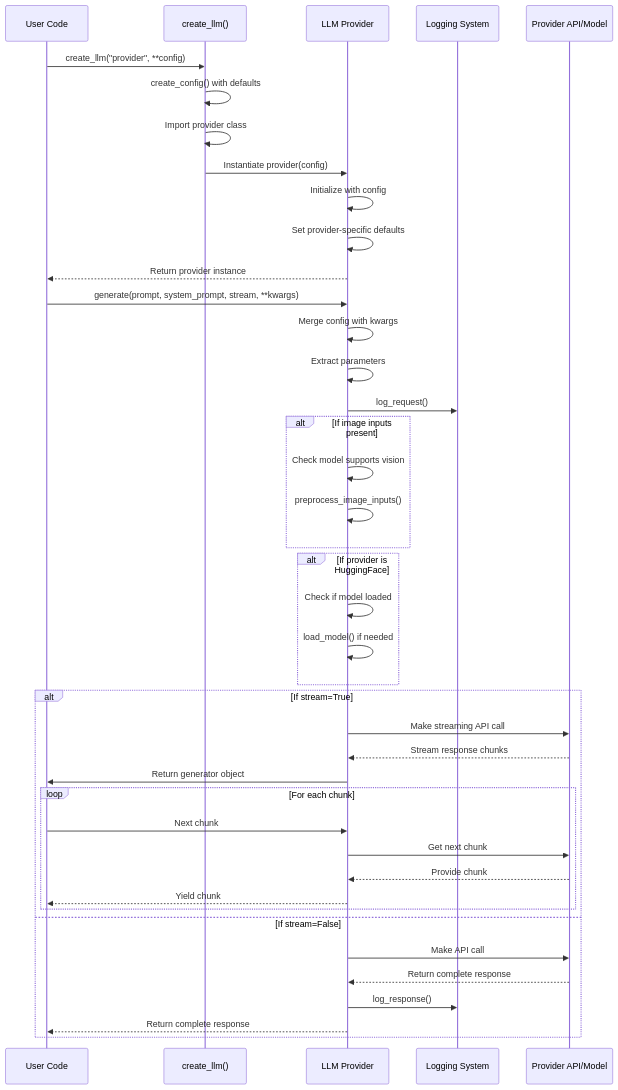
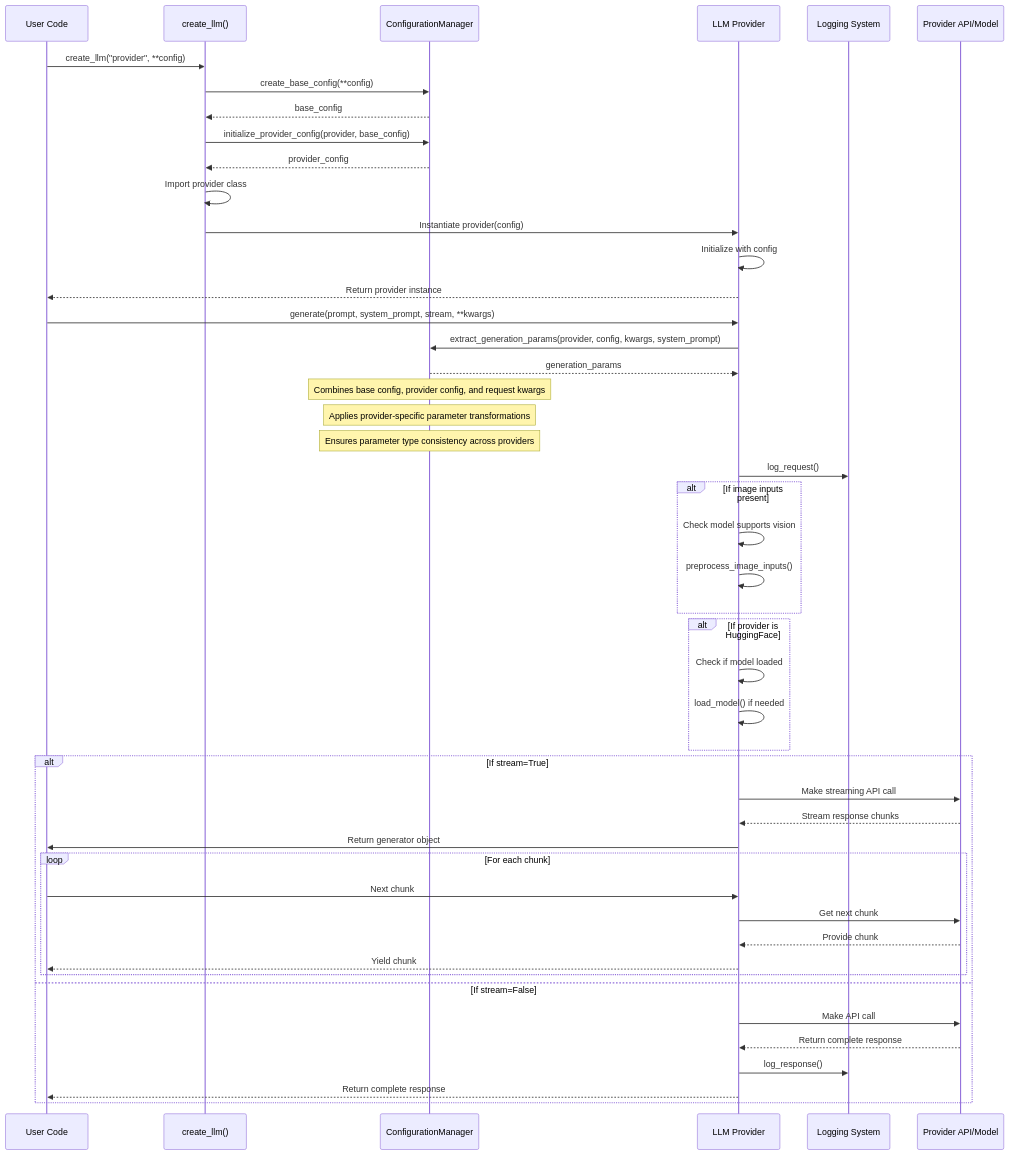
The first of 9 diagrams in docs/data_flow.md (lpalbou/AbstractLLM), drawn with Mermaid before and after one commit. The commit also changed other lines of this file and 32 other files, not shown here.

````diff
--- a/docs/data_flow.md
+++ b/docs/data_flow.md
@@ -9,49 +9,56 @@
 ```mermaid
 sequenceDiagram
     participant User as User Code
     participant Factory as create_llm()
+    participant ConfigMgr as ConfigurationManager
     participant Provider as LLM Provider
     participant Logging as Logging System
     participant External as Provider API/Model
     
     User->>Factory: create_llm("provider", **config)
-    Factory->>Factory: create_config() with defaults
+    Factory->>ConfigMgr: create_base_config(**config)
+    ConfigMgr-->>Factory: base_config
+    Factory->>ConfigMgr: initialize_provider_config(provider, base_config)
+    ConfigMgr-->>Factory: provider_config
     Factory->>Factory: Import provider class
     Factory->>Provider: Instantiate provider(config)
     Provider->>Provider: Initialize with config
-    Provider->>Provider: Set provider-specific defaults
     Provider-->>User: Return provider instance
     
     User->>Provider: generate(prompt, system_prompt, stream, **kwargs)
-    Provider->>Provider: Merge config with kwargs
-    Provider->>Provider: Extract parameters
+    Provider->>ConfigMgr: extract_generation_params(provider, config, kwargs, system_prompt)
+    ConfigMgr-->>Provider: generation_params
+    
+    Note over ConfigMgr: Combines base config, provider config, and request kwargs
+    Note over ConfigMgr: Applies provider-specific parameter transformations
+    Note over ConfigMgr: Ensures parameter type consistency across providers
     
     Provider->>Logging: log_request()
     
     alt If image inputs present
         Provider->>Provider: Check model supports vision
         Provider->>Provider: preprocess_image_inputs()
     end
     
     alt If provider is HuggingFace
         Provider->>Provider: Check if model loaded
         Provider->>Provider: load_model() if needed
     end
     
     alt If stream=True
         Provider->>External: Make streaming API call
         External-->>Provider: Stream response chunks
         Provider->>User: Return generator object
         loop For each chunk
             User->>Provider: Next chunk
             Provider->>External: Get next chunk
             External-->>Provider: Provide chunk
             Provider-->>User: Yield chunk
         end
     else If stream=False
         Provider->>External: Make API call
         External-->>Provider: Return complete response
         Provider->>Logging: log_response()
         Provider-->>User: Return complete response
     end
 ```
````
